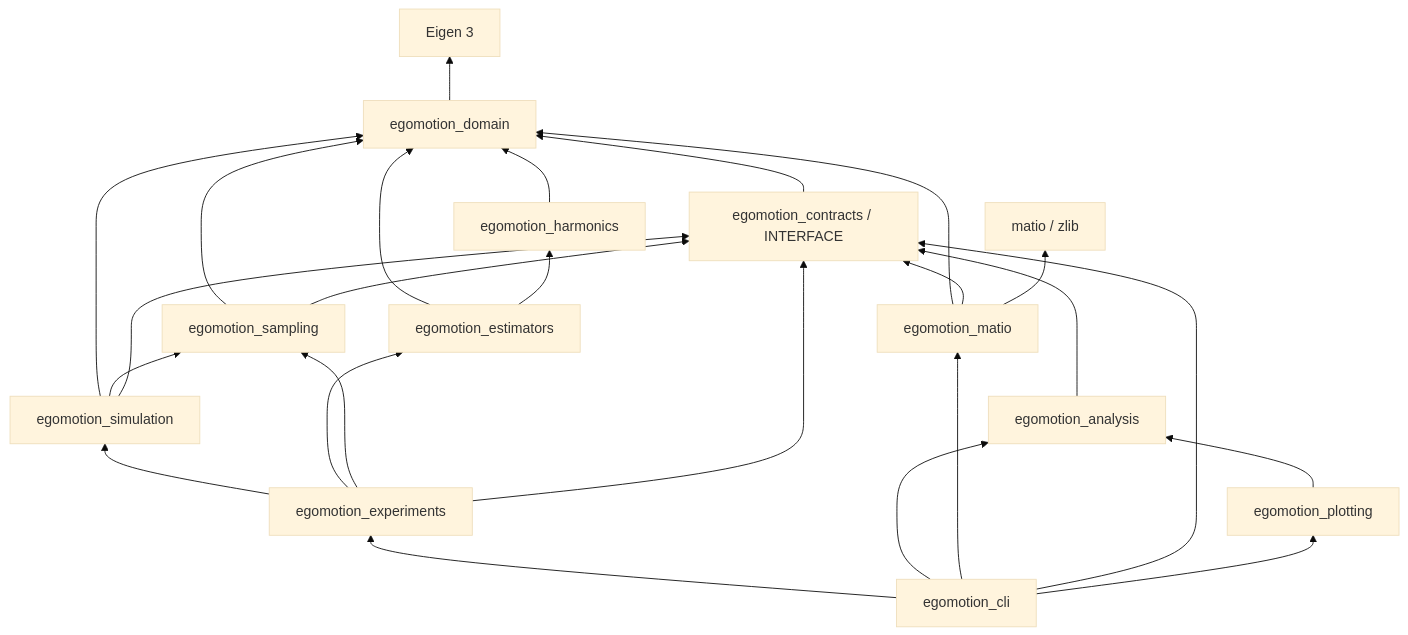
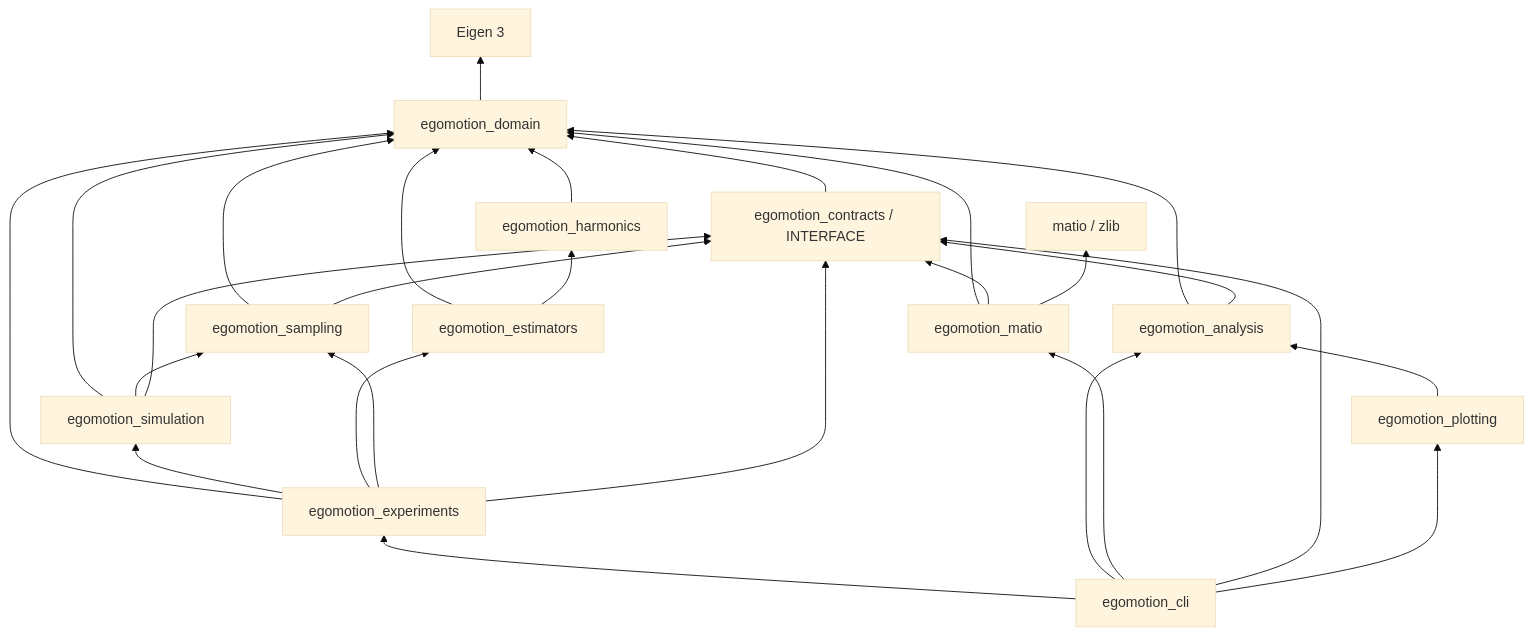
The third of 5 diagrams in docs/ARCHITECTURE.md (ncut-d1z/Egomotion-Estimation-with-Dense-Flow-Fields), drawn with Mermaid (base theme) before and after one commit.

Commit message:
docs(hld): make domain links explicit in experiments and analysis target DAG

```diff
--- a/docs/ARCHITECTURE.md
+++ b/docs/ARCHITECTURE.md
@@ -121,27 +121,29 @@
 ~~~mermaid
 flowchart BT
   D[egomotion_domain] --> E[Eigen 3]
   K[egomotion_contracts / INTERFACE] --> D
   S[egomotion_sampling] --> D
   S --> K
   H[egomotion_harmonics] --> D
   V[egomotion_simulation] --> D
   V --> S
   V --> K
   A[egomotion_estimators] --> D
   A --> H
   I[egomotion_matio] --> D
   I --> K
   I --> M[matio / zlib]
-  X[egomotion_experiments] --> V
+  X[egomotion_experiments] --> D
+  X --> V
   X --> A
   X --> S
   X --> K
-  N[egomotion_analysis] --> K
+  N[egomotion_analysis] --> D
+  N --> K
   P[egomotion_plotting] --> N
   C[egomotion_cli] --> X
   C --> N
   C --> I
   C --> K
   C --> P
 ~~~
```
